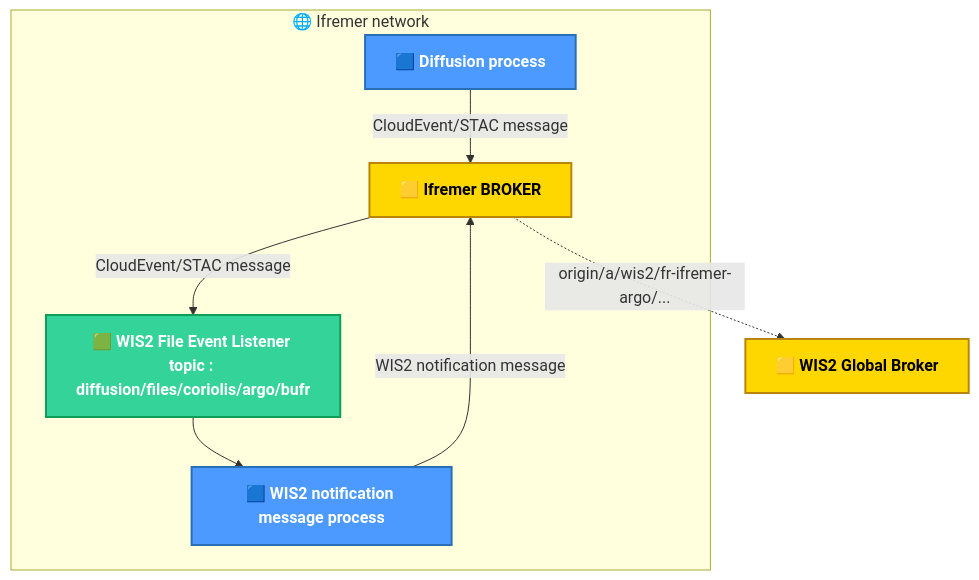
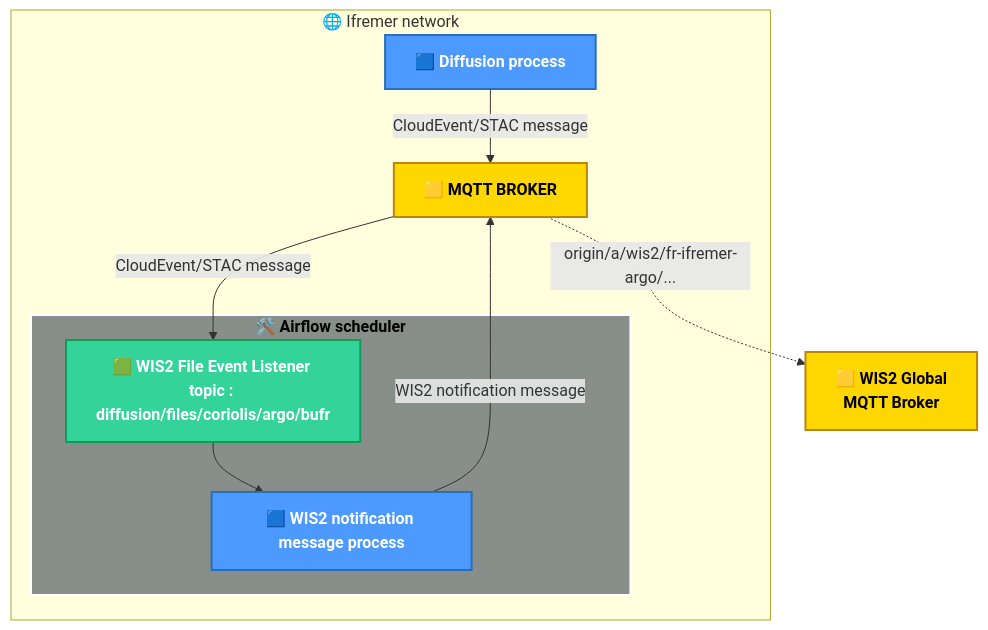
The diagram in README.md (ifremer/wis2-data-processing-chain), drawn with Mermaid before and after one commit.

Commit message:
feat: :tada: WIS2 publlication
docs

````diff
--- a/README.md
+++ b/README.md
@@ -31,29 +31,37 @@
 ```mermaid
 graph TB;
 %% Définition des styles
 classDef process fill:#4C9AFF,stroke:#2A6FB5,stroke-width:2px,color:#fff,font-weight:bold;
 classDef broker fill:#FFD700,stroke:#B8860B,stroke-width:2px,color:#000,font-weight:bold;
 classDef listener fill:#34D399,stroke:#0F9D58,stroke-width:2px,color:#fff,font-weight:bold;
+classDef airflow fill:#888f8a,stroke:#ffffff,stroke-width:2px,color:#000,font-weight:bold;
+
 
 %% Sous-graph pour représenter un réseau interne
 subgraph internal_network["🌐 Ifremer network"]
-    diffusion_process["🟦 Diffusion process"]:::process
-    broker_ifremer["🟨 Ifremer BROKER"]:::broker
+  diffusion_process["🟦 Diffusion process"]:::process
+  broker_ifremer["🟨 MQTT BROKER"]:::broker
+
+  %% Début du style pour Airflow
+  subgraph airflow_subgraph["🛠️ Airflow scheduler"]
     mqtt_listener["🟩 WIS2 File Event Listener <br/>topic : diffusion/files/coriolis/argo/bufr"]:::listener
     notification_message_process["🟦 WIS2 notification message process"]:::process
-
-    %% Connexions internes
-    diffusion_process -->|CloudEvent/STAC message| broker_ifremer
-    broker_ifremer -->|CloudEvent/STAC message| mqtt_listener
-    mqtt_listener --> notification_message_process
-    notification_message_process -->|WIS2 notification message| broker_ifremer
+  end
+  
+  %% Connexions internes
+  diffusion_process -->|CloudEvent/STAC message| broker_ifremer
+  broker_ifremer -->|CloudEvent/STAC message| mqtt_listener
+  mqtt_listener --> notification_message_process
+  notification_message_process -->|WIS2 notification message| broker_ifremer
 end
 
 %% Noeud externe placé en dehors du réseau interne
-broker_wis2["🟨 WIS2 Global Broker"]:::broker
+broker_wis2["🟨 WIS2 Global <br/> MQTT Broker"]:::broker
 
 %% Liaison entre le réseau interne et le broker externe
 broker_ifremer -.->|origin/a/wis2/fr-ifremer-argo/...| broker_wis2
 
+%% Application des styles après la déclaration du sous-graph
+class airflow_subgraph airflow;
 
 ```
````
